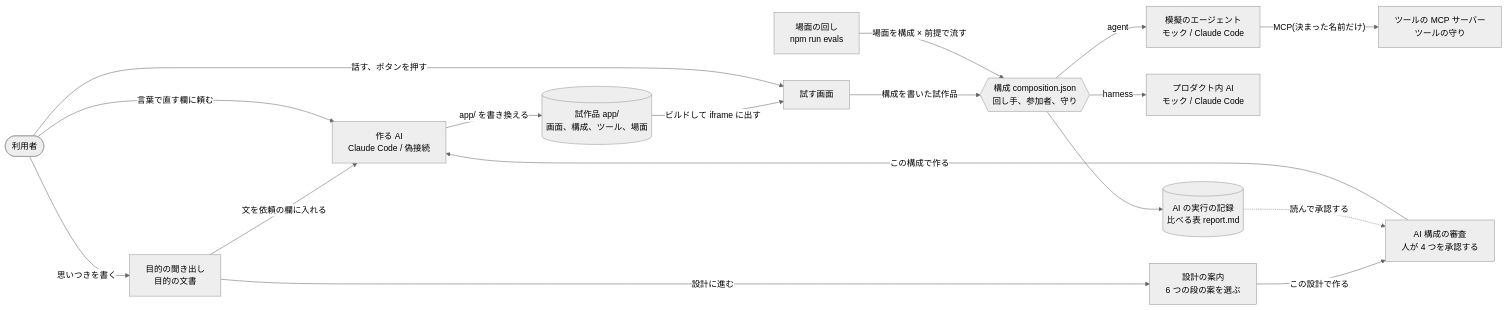
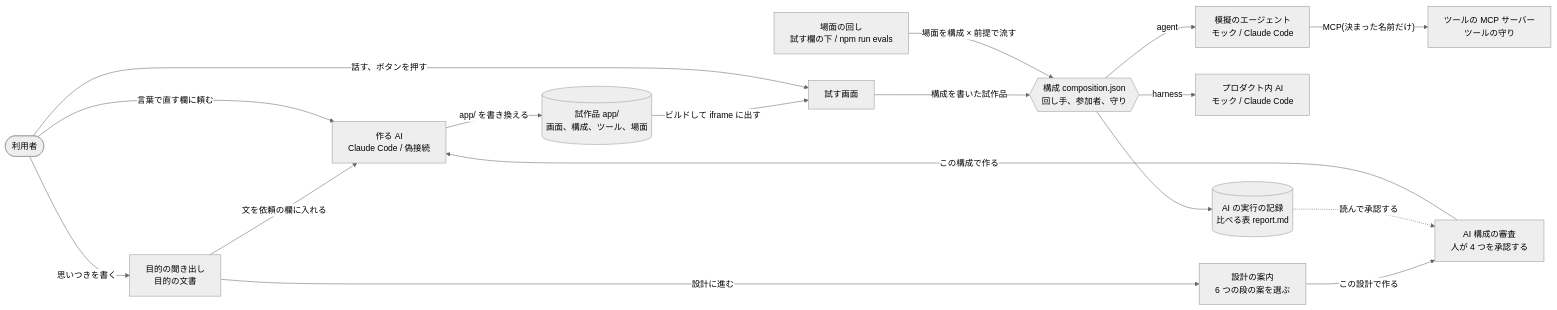
One commit to jyoka/agent-prototype-studio changed the diagram in README.md. Above: the diagram before and after it, drawn with Mermaid (neutral theme). The commit also changed other lines of this file and 21 other files, not shown here.

````diff
--- a/README.md
+++ b/README.md
@@ -23,17 +23,17 @@
 ```mermaid
 flowchart LR
     you(["利用者"]) -- "思いつきを書く" --> intent["目的の聞き出し<br/>目的の文書"]
     intent -- "文を依頼の欄に入れる" --> maker
     intent -- "設計に進む" --> design["設計の案内<br/>6 つの段の案を選ぶ"] -- "この設計で作る" --> review["AI 構成の審査<br/>人が 4 つを承認する"] -- "この構成で作る" --> maker
     you -- "言葉で直す欄に頼む" --> maker["作る AI<br/>Claude Code / 偽接続"]
     maker -- "app/ を書き換える" --> app[("試作品 app/<br/>画面、構成、ツール、場面")]
     app -- "ビルドして iframe に出す" --> try["試す画面"]
     you -- "話す、ボタンを押す" --> try
     try -- "構成を書いた試作品" --> comp{{"構成 composition.json<br/>回し手、参加者、守り"}}
-    evals["場面の回し<br/>npm run evals"] -- "場面を構成 × 前提で流す" --> comp
+    evals["場面の回し<br/>試す欄の下 / npm run evals"] -- "場面を構成 × 前提で流す" --> comp
     comp -- "harness" --> pai["プロダクト内 AI<br/>モック / Claude Code"]
     comp -- "agent" --> sim["模擬のエージェント<br/>モック / Claude Code"]
     sim -- "MCP(決まった名前だけ)" --> tools["ツールの MCP サーバー<br/>ツールの守り"]
     comp --> trace[("AI の実行の記録<br/>比べる表 report.md")]
     trace -. "読んで承認する" .-> review
 ```
````
